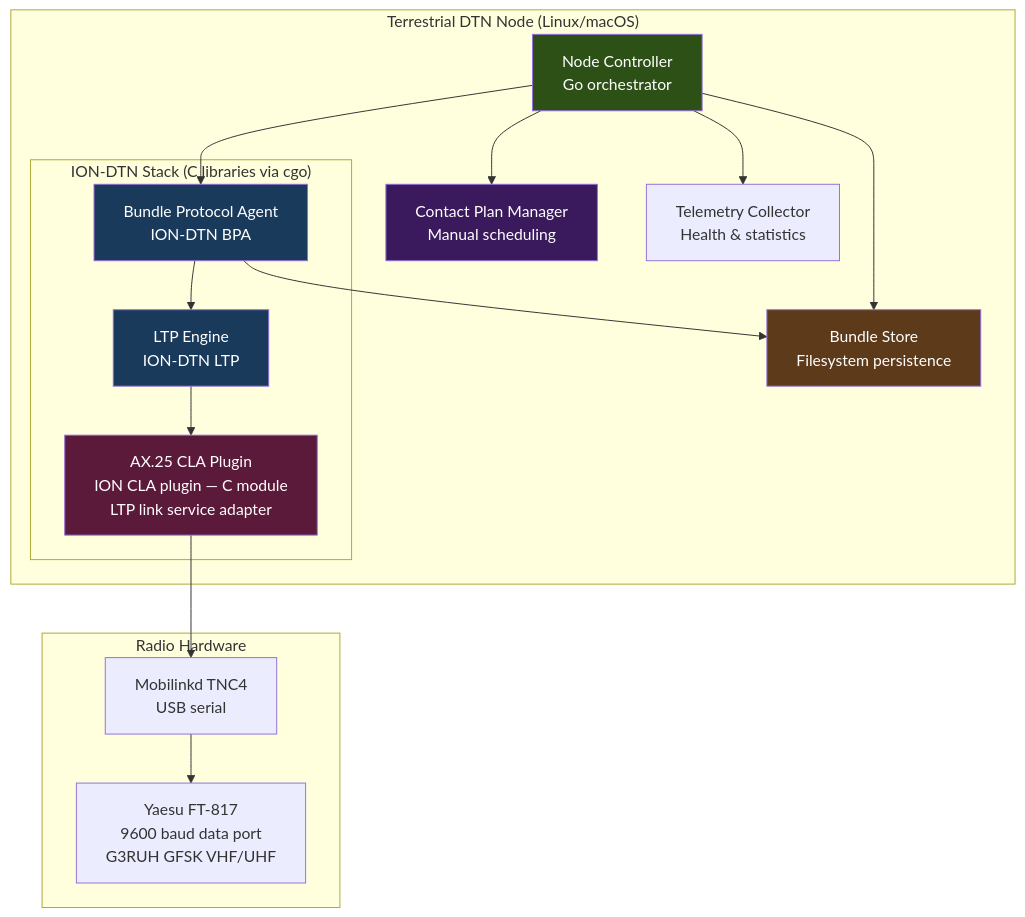
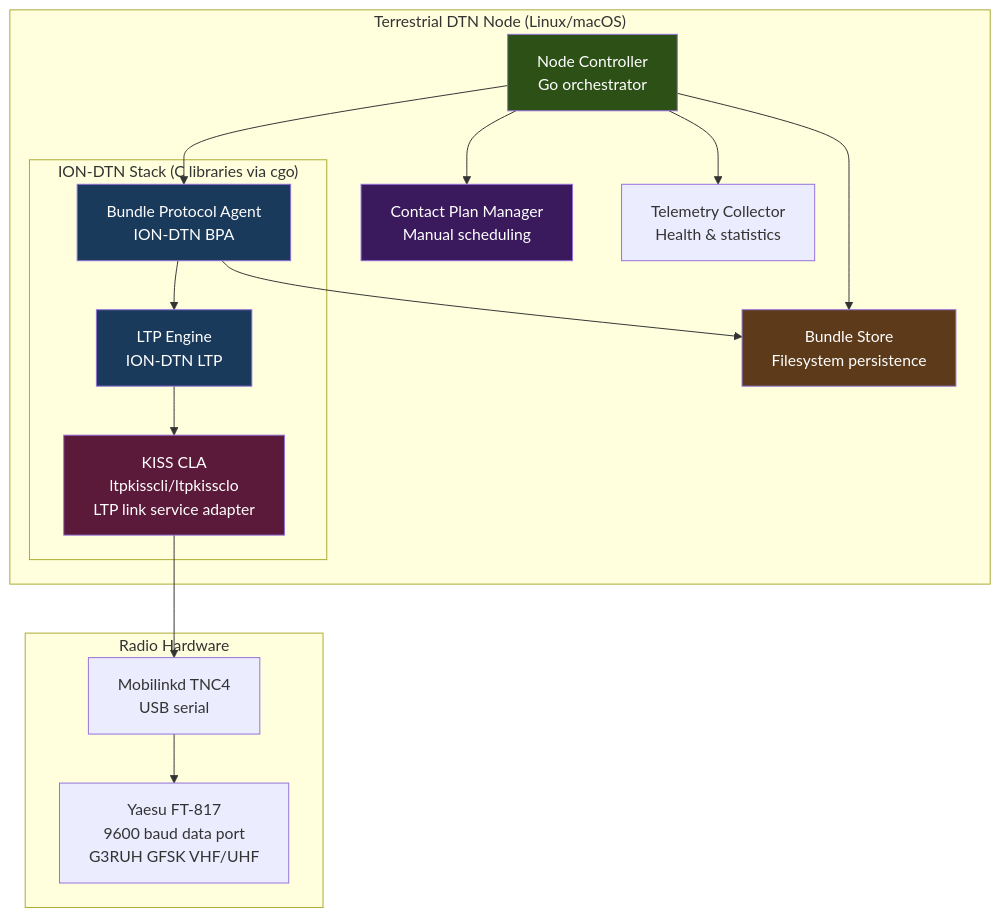
Before and after one commit to g4dpz/cislunar_proposal: the first of 4 diagrams in docs/terrestrial-dtn-phase1/design.md, drawn with Mermaid. The commit also changed other lines of this file and 17 other files, not shown here.

Commit message:
Replace AX.25 with LTP-over-KISS and dtn:// EIDs across all specs, add cislunar redirect conf

````diff
--- a/docs/terrestrial-dtn-phase1/design.md
+++ b/docs/terrestrial-dtn-phase1/design.md
@@ -21,37 +21,37 @@
 ```mermaid
 graph TD
     subgraph "Terrestrial DTN Node (Linux/macOS)"
         NC[Node Controller<br/>Go orchestrator]
         BS[Bundle Store<br/>Filesystem persistence]
         CPM[Contact Plan Manager<br/>Manual scheduling]
         TEL[Telemetry Collector<br/>Health & statistics]
 
         subgraph "ION-DTN Stack (C libraries via cgo)"
             BPA[Bundle Protocol Agent<br/>ION-DTN BPA]
             LTP[LTP Engine<br/>ION-DTN LTP]
-            CLA[AX.25 CLA Plugin<br/>ION CLA plugin — C module<br/>LTP link service adapter]
+            CLA[KISS CLA<br/>ltpkisscli/ltpkissclo<br/>LTP link service adapter]
         end
     end
 
     subgraph "Radio Hardware"
         TNC[Mobilinkd TNC4<br/>USB serial]
         FT817[Yaesu FT-817<br/>9600 baud data port<br/>G3RUH GFSK VHF/UHF]
     end
 
     NC --> BPA
     NC --> BS
     NC --> CPM
     NC --> TEL
     BPA --> BS
     BPA --> LTP
     LTP --> CLA
     CLA --> TNC
     TNC --> FT817
 
     style NC fill:#2d5016,color:#fff
     style BPA fill:#1a3a5c,color:#fff
     style LTP fill:#1a3a5c,color:#fff
     style BS fill:#5c3a1a,color:#fff
     style CPM fill:#3a1a5c,color:#fff
     style CLA fill:#5c1a3a,color:#fff
 ```
````
